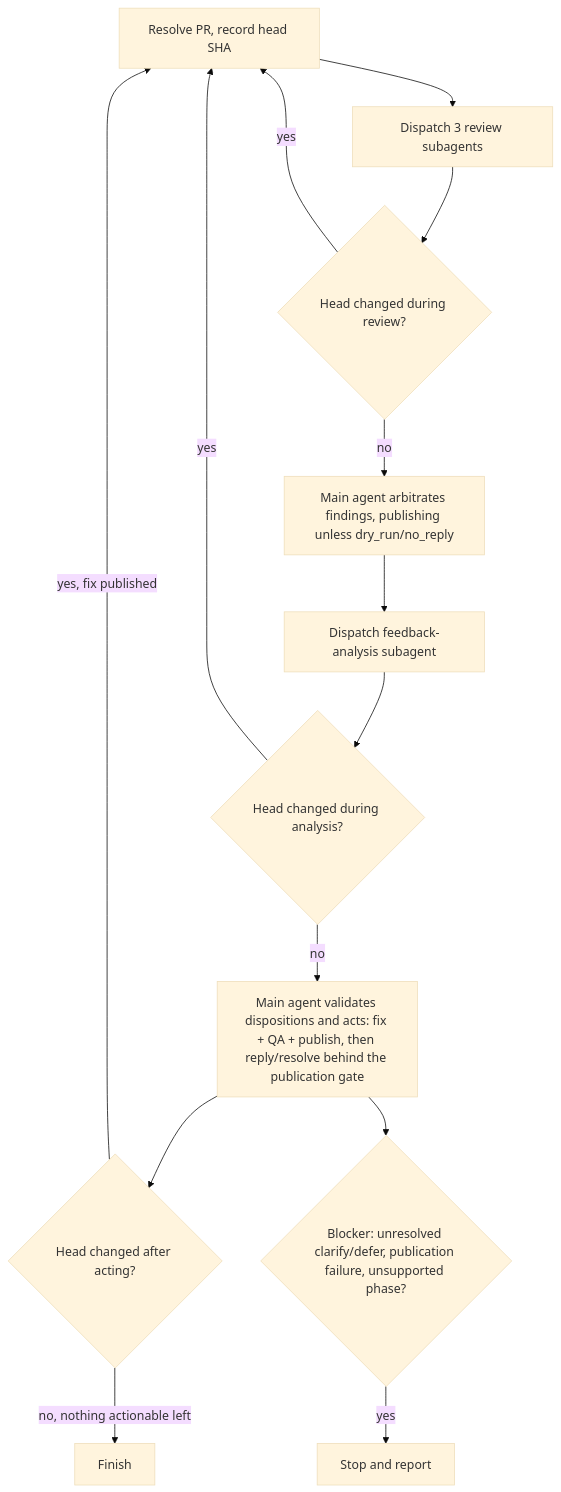
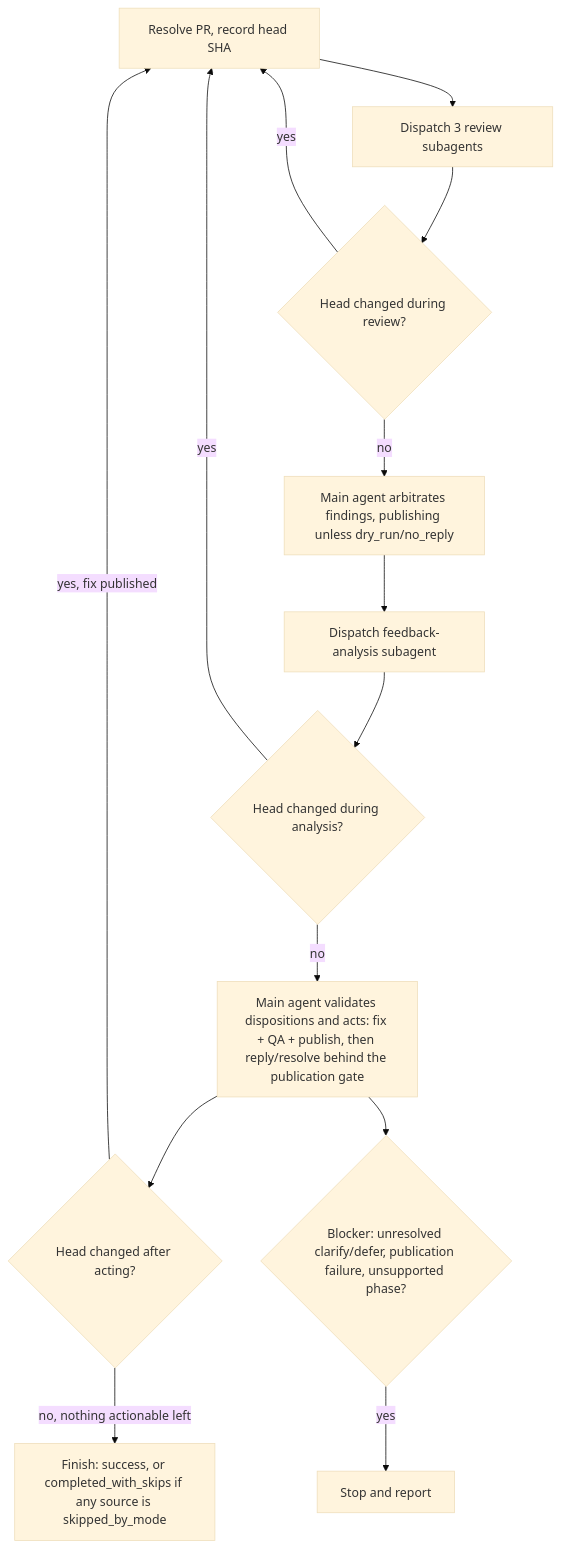
Before and after one commit to dceoy/ai-coding-agent-skills: the diagram in skills/pr-loop/SKILL.md, drawn with Mermaid (base theme). The commit also changed other lines of this file, not shown here.

First line of the commit message:
Bind fix mutations to the PR head and separate mode-aware completion outcome

````diff
--- a/skills/pr-loop/SKILL.md
+++ b/skills/pr-loop/SKILL.md
@@ -193,16 +202,16 @@
 ```mermaid
 flowchart TD
   A[Resolve PR, record head SHA] --> B[Dispatch 3 review subagents]
   B --> C{Head changed during review?}
   C -->|yes| A
   C -->|no| D[Main agent arbitrates findings, publishing unless dry_run/no_reply]
   D --> E[Dispatch feedback-analysis subagent]
   E --> F{Head changed during analysis?}
   F -->|yes| A
   F -->|no| G[Main agent validates dispositions and acts: fix + QA + publish, then reply/resolve behind the publication gate]
   G --> H{Head changed after acting?}
   H -->|yes, fix published| A
-  H -->|no, nothing actionable left| I[Finish]
+  H -->|no, nothing actionable left| I[Finish: success, or completed_with_skips if any source is skipped_by_mode]
   G --> J{Blocker: unresolved clarify/defer, publication failure, unsupported phase?}
   J -->|yes| K[Stop and report]
 ```
````
